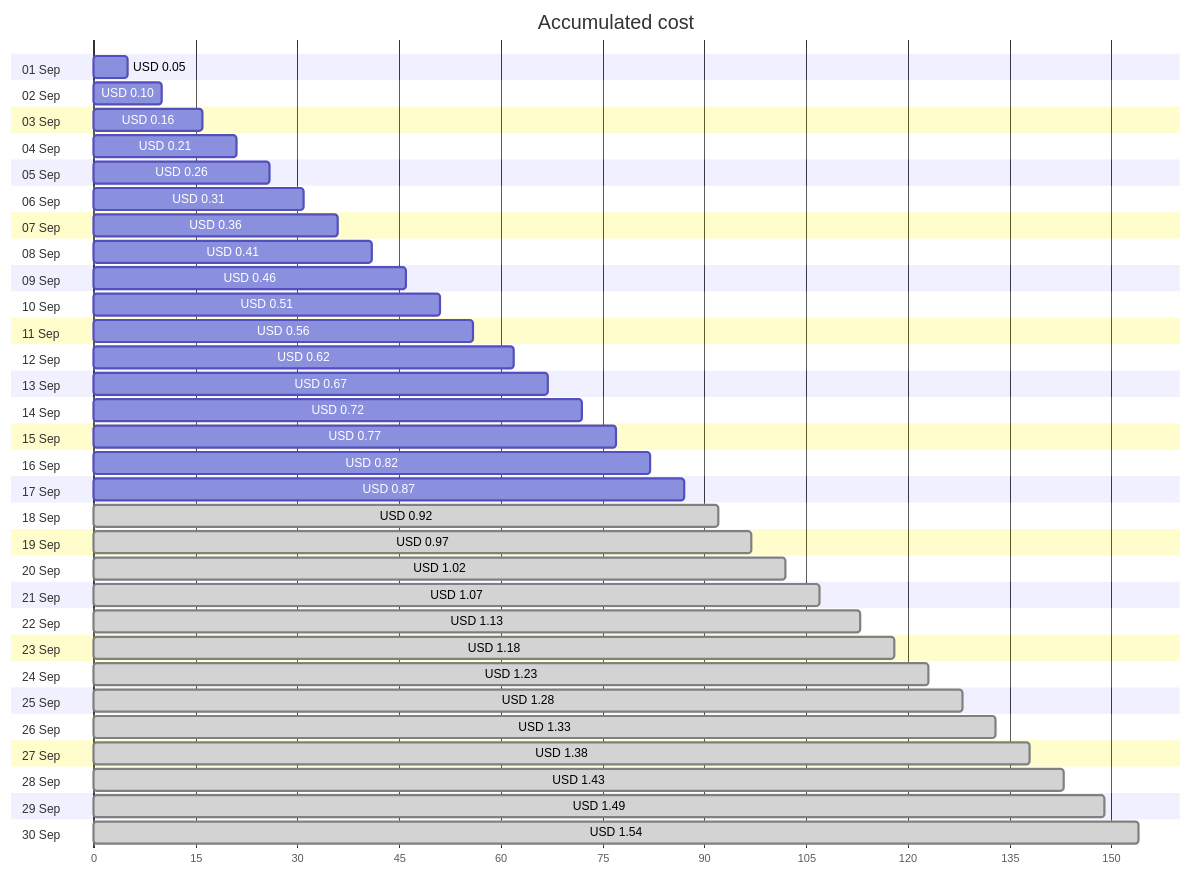
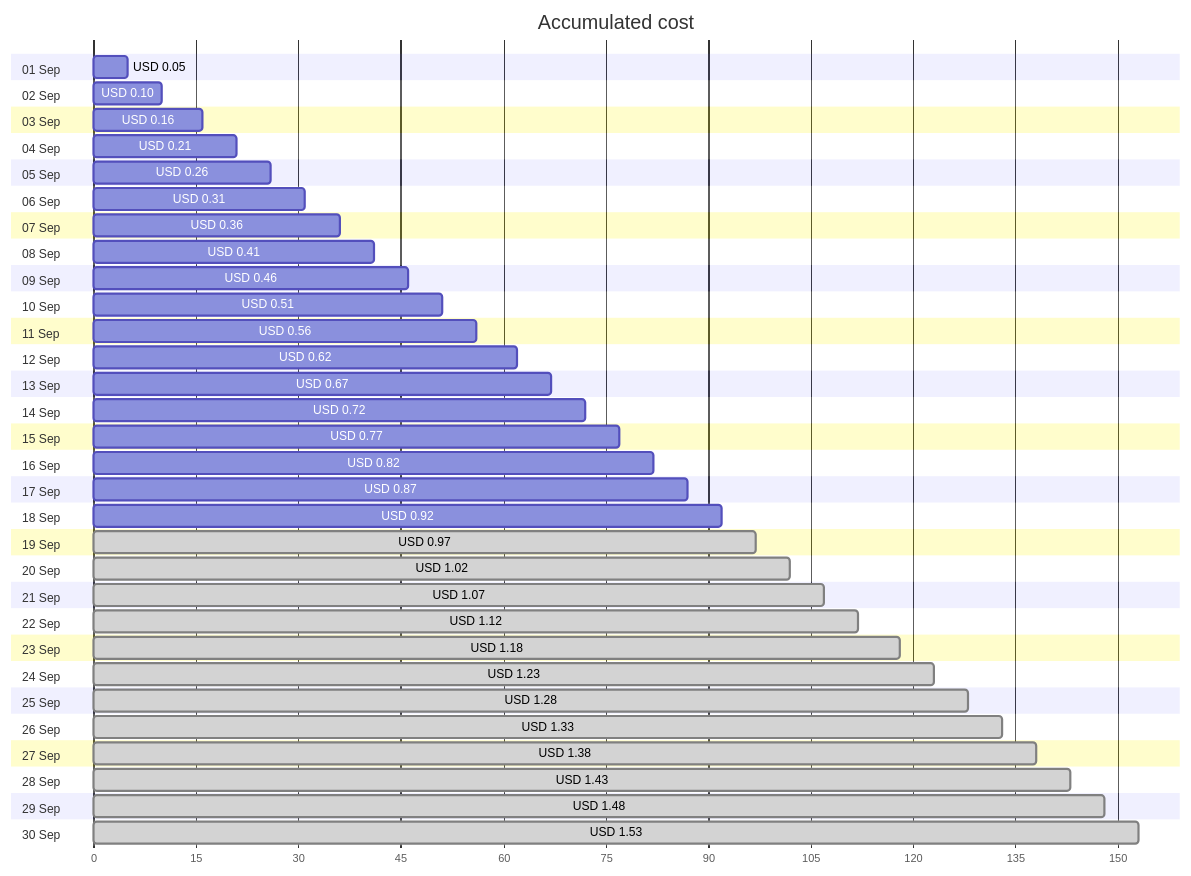
One commit to jpfulton/azure-personal-reports changed the first of 4 diagrams in cost-reports/personal-network/linux-dev_OsDisk.md. Above: the diagram before and after it, drawn with Mermaid. The commit also changed other lines of this file and 17 other files, not shown here.

````diff
--- a/cost-reports/personal-network/linux-dev_OsDisk.md
+++ b/cost-reports/personal-network/linux-dev_OsDisk.md
@@ -20,66 +20,66 @@
 ```mermaid
 gantt
    title Accumulated cost
    dateFormat  X
    axisFormat %s
    section 01 Sep
    USD 0.05 :0, 5
    section 02 Sep
    USD 0.10 :0, 10
    section 03 Sep
    USD 0.16 :0, 16
    section 04 Sep
    USD 0.21 :0, 21
    section 05 Sep
    USD 0.26 :0, 26
    section 06 Sep
    USD 0.31 :0, 31
    section 07 Sep
    USD 0.36 :0, 36
    section 08 Sep
    USD 0.41 :0, 41
    section 09 Sep
    USD 0.46 :0, 46
    section 10 Sep
    USD 0.51 :0, 51
    section 11 Sep
    USD 0.56 :0, 56
    section 12 Sep
    USD 0.62 :0, 62
    section 13 Sep
    USD 0.67 :0, 67
    section 14 Sep
    USD 0.72 :0, 72
    section 15 Sep
    USD 0.77 :0, 77
    section 16 Sep
    USD 0.82 :0, 82
    section 17 Sep
    USD 0.87 :0, 87
    section 18 Sep
-   USD 0.92 : done, 0, 92
+   USD 0.92 :0, 92
    section 19 Sep
    USD 0.97 : done, 0, 97
    section 20 Sep
    USD 1.02 : done, 0, 102
    section 21 Sep
    USD 1.07 : done, 0, 107
    section 22 Sep
-   USD 1.13 : done, 0, 113
+   USD 1.12 : done, 0, 112
    section 23 Sep
    USD 1.18 : done, 0, 118
    section 24 Sep
    USD 1.23 : done, 0, 123
    section 25 Sep
    USD 1.28 : done, 0, 128
    section 26 Sep
    USD 1.33 : done, 0, 133
    section 27 Sep
    USD 1.38 : done, 0, 138
    section 28 Sep
    USD 1.43 : done, 0, 143
    section 29 Sep
-   USD 1.49 : done, 0, 149
+   USD 1.48 : done, 0, 148
    section 30 Sep
-   USD 1.54 : done, 0, 154
+   USD 1.53 : done, 0, 153
 ```
````
